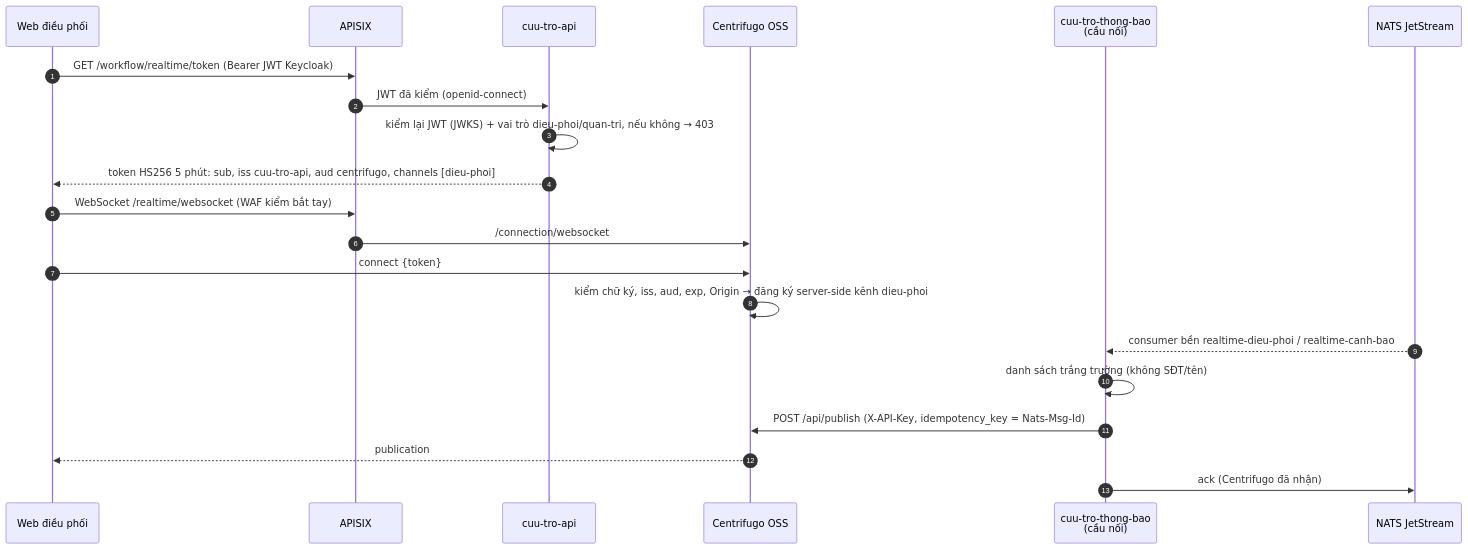
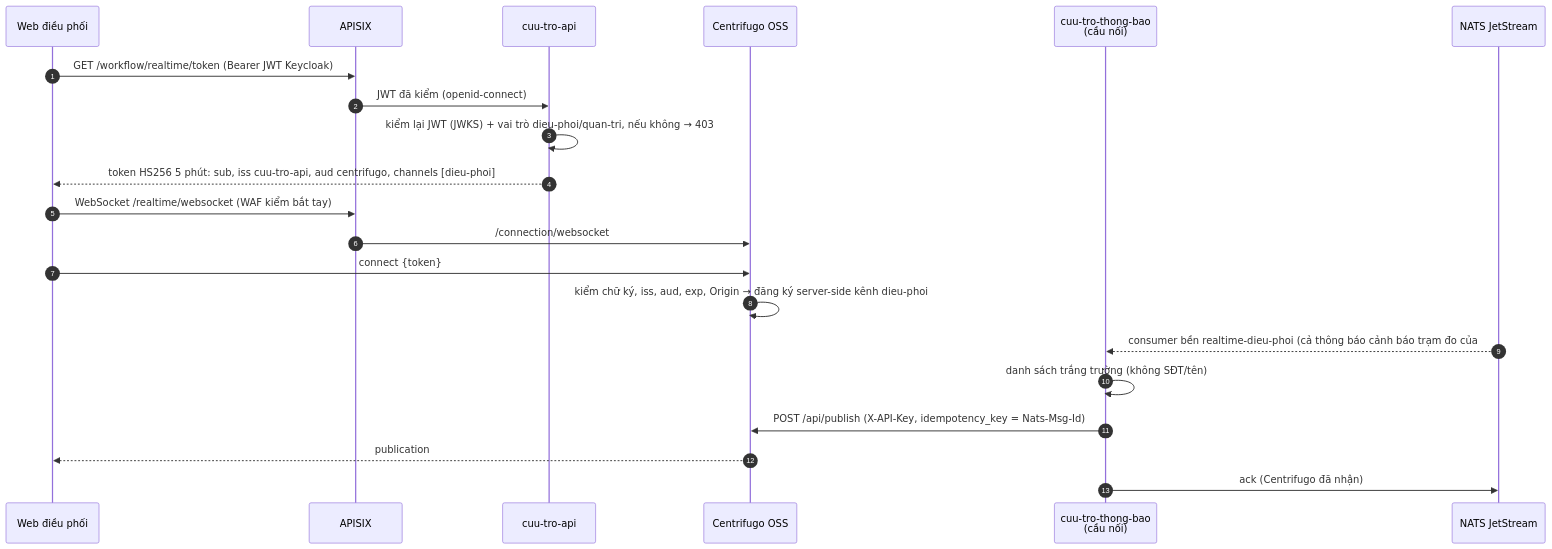
The fifth of 18 diagrams in docs/architecture.md (disaster-dxos/disaster-dxos), drawn with Mermaid before and after one commit. The commit also changed other lines of this file and 35 other files, not shown here.

````diff
--- a/docs/architecture.md
+++ b/docs/architecture.md
@@ -254,23 +254,23 @@
 ```mermaid
 sequenceDiagram
   autonumber
   participant W as Web điều phối
   participant GW as APISIX
   participant API as cuu-tro-api
   participant CF as Centrifugo OSS
   participant BR as cuu-tro-thong-bao<br/>(cầu nối)
   participant JS as NATS JetStream
   W->>GW: GET /workflow/realtime/token (Bearer JWT Keycloak)
   GW->>API: JWT đã kiểm (openid-connect)
   API->>API: kiểm lại JWT (JWKS) + vai trò dieu-phoi/quan-tri, nếu không → 403
   API-->>W: token HS256 5 phút: sub, iss cuu-tro-api, aud centrifugo, channels [dieu-phoi]
   W->>GW: WebSocket /realtime/websocket (WAF kiểm bắt tay)
   GW->>CF: /connection/websocket
   W->>CF: connect {token}
   CF->>CF: kiểm chữ ký, iss, aud, exp, Origin → đăng ký server-side kênh dieu-phoi
-  JS-->>BR: consumer bền realtime-dieu-phoi / realtime-canh-bao
+  JS-->>BR: consumer bền realtime-dieu-phoi (cả thông báo cảnh báo trạm đo của #87)
   BR->>BR: danh sách trắng trường (không SĐT/tên)
   BR->>CF: POST /api/publish (X-API-Key, idempotency_key = Nats-Msg-Id)
   CF-->>W: publication
   BR->>JS: ack (Centrifugo đã nhận)
 ```
````
